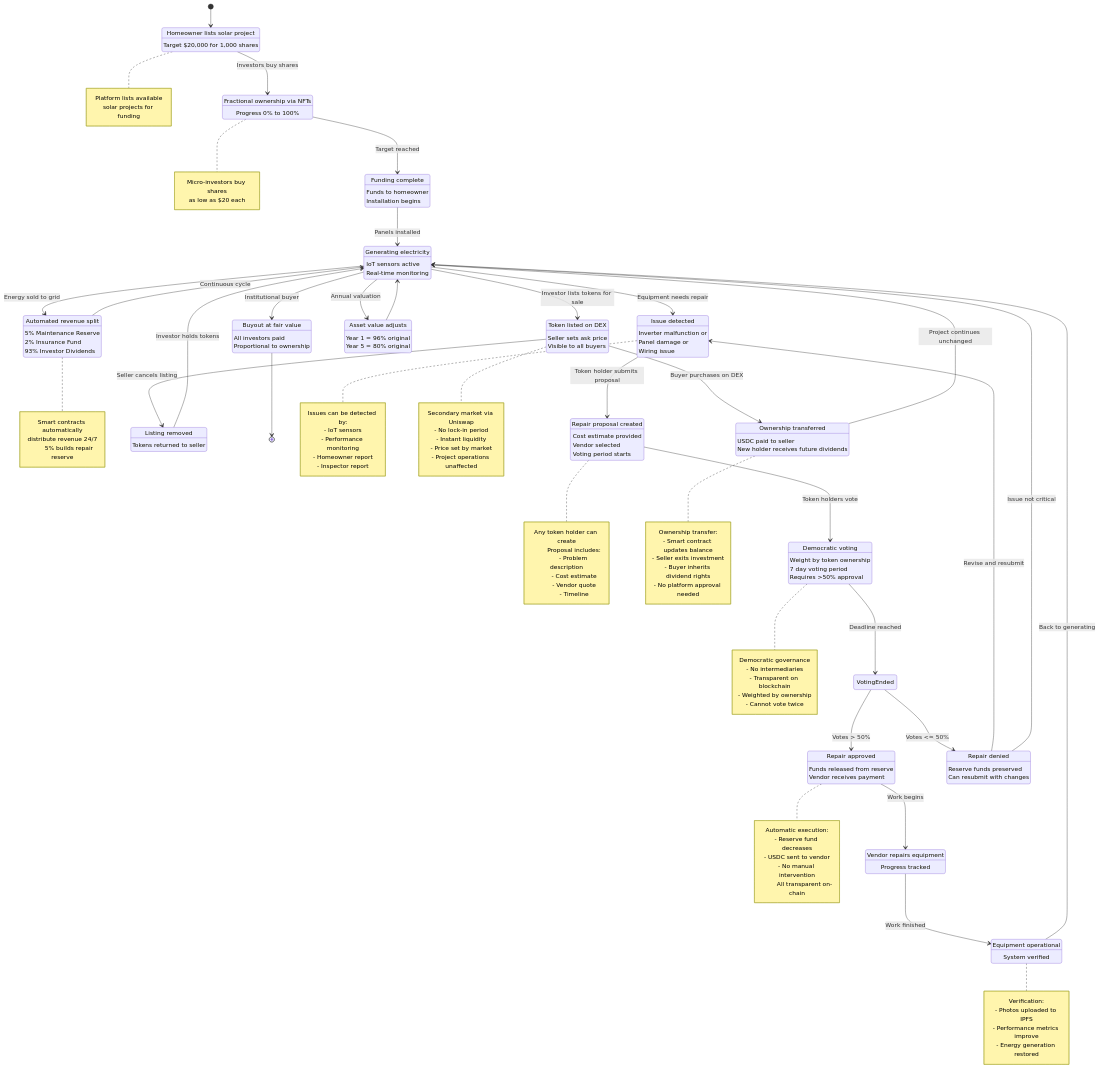
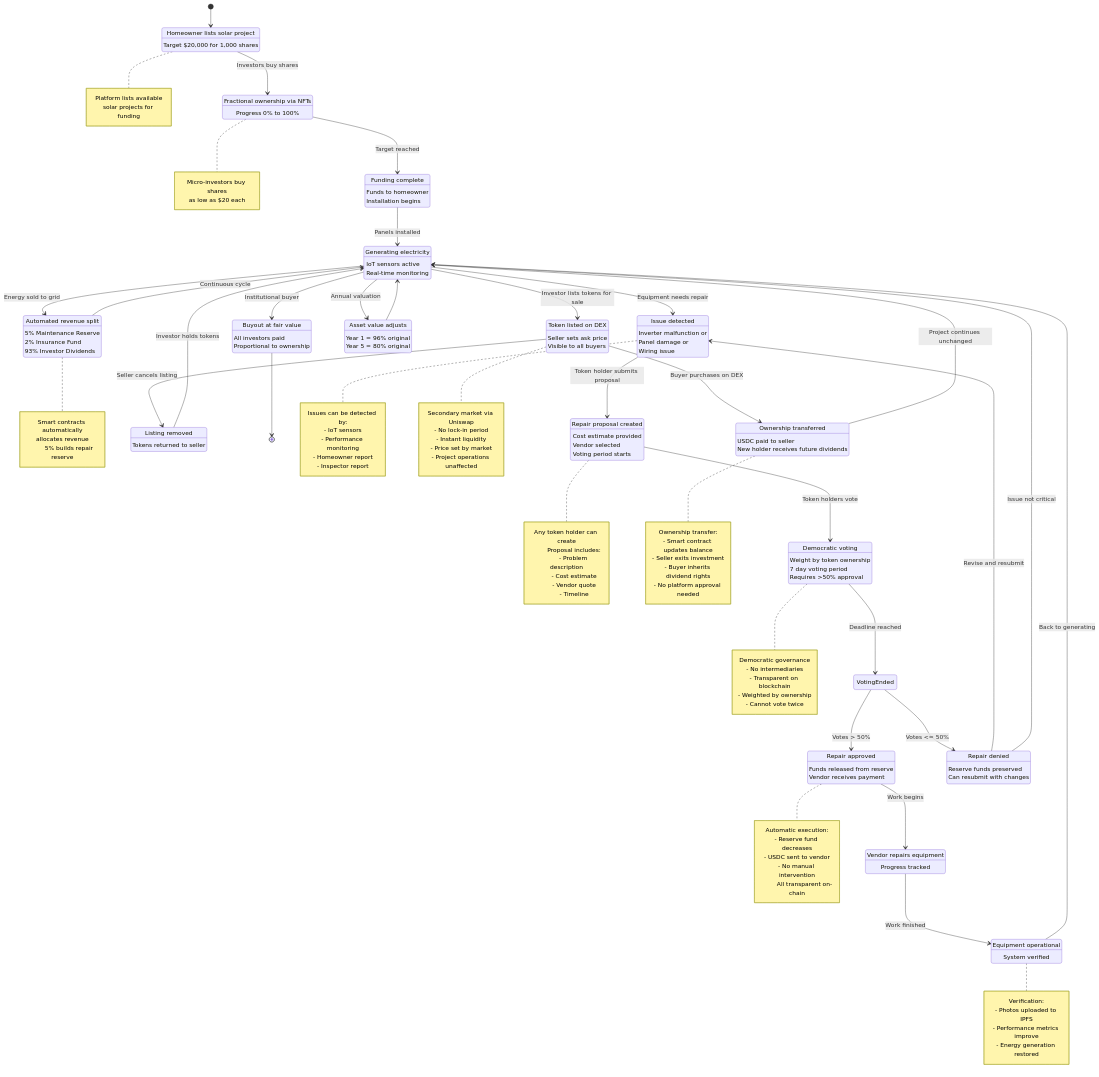
One commit to AsthaGarg16/solar-share changed the diagram in docs/state-machine.mermaid. Above: the diagram before and after it, drawn with Mermaid. The commit also changed 1 other file, not shown here.

```diff
--- a/docs/state-machine.mermaid
+++ b/docs/state-machine.mermaid
@@ -1,192 +1,192 @@
 stateDiagram-v2
     [*] --> ProjectListed
     
     ProjectListed: Homeowner lists solar project
     ProjectListed: Target $20,000 for 1,000 shares
     
     ProjectListed --> CrowdFunding: Investors buy shares
     
     CrowdFunding: Fractional ownership via NFTs
     CrowdFunding: Progress 0% to 100%
     
     CrowdFunding --> FullyFunded: Target reached
     
     FullyFunded: Funding complete
     FullyFunded: Funds to homeowner
     FullyFunded: Installation begins
     
     FullyFunded --> Operational: Panels installed
     
     Operational: Generating electricity
     Operational: IoT sensors active
     Operational: Real-time monitoring
     
     Operational --> RevenueFlow: Energy sold to grid
     
     RevenueFlow: Automated revenue split
     RevenueFlow: 5% Maintenance Reserve
     RevenueFlow: 2% Insurance Fund
     RevenueFlow: 93% Investor Dividends
     
     RevenueFlow --> Operational: Continuous cycle
     
     Operational --> MaintenanceNeeded: Equipment needs repair
     
     MaintenanceNeeded: Issue detected
     MaintenanceNeeded: Inverter malfunction or
     MaintenanceNeeded: Panel damage or
     MaintenanceNeeded: Wiring issue
     
     MaintenanceNeeded --> ProposalCreated: Token holder submits proposal
     
     ProposalCreated: Repair proposal created
     ProposalCreated: Cost estimate provided
     ProposalCreated: Vendor selected
     ProposalCreated: Voting period starts
     
     ProposalCreated --> VotingActive: Token holders vote
     
     VotingActive: Democratic voting
     VotingActive: Weight by token ownership
     VotingActive: 7 day voting period
     VotingActive: Requires >50% approval
     
     VotingActive --> VotingEnded: Deadline reached
     
     VotingEnded --> ProposalApproved: Votes > 50%
     VotingEnded --> ProposalRejected: Votes <= 50%
     
     ProposalApproved: Repair approved
     ProposalApproved: Funds released from reserve
     ProposalApproved: Vendor receives payment
     
     ProposalApproved --> RepairInProgress: Work begins
     
     RepairInProgress: Vendor repairs equipment
     RepairInProgress: Progress tracked
     
     RepairInProgress --> RepairComplete: Work finished
     
     RepairComplete: Equipment operational
     RepairComplete: System verified
     
     RepairComplete --> Operational: Back to generating
     
     ProposalRejected: Repair denied
     ProposalRejected: Reserve funds preserved
     ProposalRejected: Can resubmit with changes
     
     ProposalRejected --> MaintenanceNeeded: Revise and resubmit
     ProposalRejected --> Operational: Issue not critical
     
     Operational --> TokenListed: Investor lists tokens for sale
     
     TokenListed: Token listed on DEX
     TokenListed: Seller sets ask price
     TokenListed: Visible to all buyers
     
     TokenListed --> TokenSold: Buyer purchases on DEX
     
     TokenSold: Ownership transferred
     TokenSold: USDC paid to seller
     TokenSold: New holder receives future dividends
     
     TokenSold --> Operational: Project continues unchanged
     
     TokenListed --> TokenDelisted: Seller cancels listing
     
     TokenDelisted: Listing removed
     TokenDelisted: Tokens returned to seller
     
     TokenDelisted --> Operational: Investor holds tokens
 
     Operational --> Depreciation: Annual valuation
     
     Depreciation: Asset value adjusts
     Depreciation: Year 1 = 96% original
     Depreciation: Year 5 = 80% original
     
     Depreciation --> Operational
     
     Operational --> ExitOption: Institutional buyer
     
     ExitOption: Buyout at fair value
     ExitOption: All investors paid
     ExitOption: Proportional to ownership
     
     ExitOption --> [*]
     
     note right of ProjectListed
         Platform lists available
         solar projects for funding
     end note
     
     note right of CrowdFunding
         Micro-investors buy shares
         as low as $20 each
     end note
     
     note right of RevenueFlow
         Smart contracts automatically
-        distribute revenue 24/7
+        allocates revenue
         
         5% builds repair reserve
     end note
     
     note right of MaintenanceNeeded
         Issues can be detected by:
         - IoT sensors
         - Performance monitoring
         - Homeowner report
         - Inspector report
     end note
     
     note right of ProposalCreated
         Any token holder can create
         
         Proposal includes:
         - Problem description
         - Cost estimate
         - Vendor quote
         - Timeline
     end note
     
     note right of VotingActive
         Democratic governance
         - No intermediaries
         - Transparent on blockchain
         - Weighted by ownership
         - Cannot vote twice
     end note
     
     note right of ProposalApproved
         Automatic execution:
         - Reserve fund decreases
         - USDC sent to vendor
         - No manual intervention
         
         All transparent on-chain
     end note
     
     note right of RepairComplete
         Verification:
         - Photos uploaded to IPFS
         - Performance metrics improve
         - Energy generation restored
     end note
     
     note right of TokenListed
         Secondary market via Uniswap
         - No lock-in period
         - Instant liquidity
         - Price set by market
         - Project operations unaffected
     end note
     
     note right of TokenSold
         Ownership transfer:
         - Smart contract updates balance
         - Seller exits investment
         - Buyer inherits dividend rights
         - No platform approval needed
     end note
```
